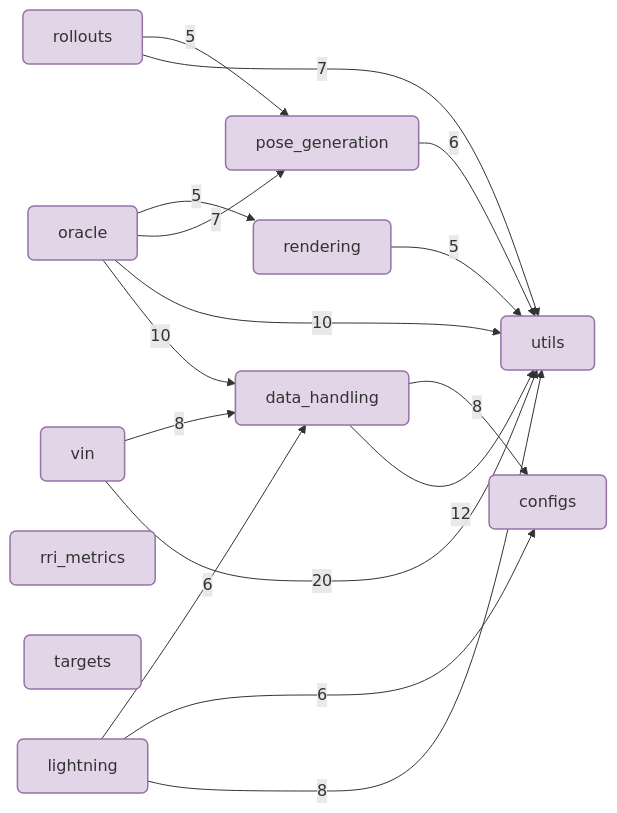
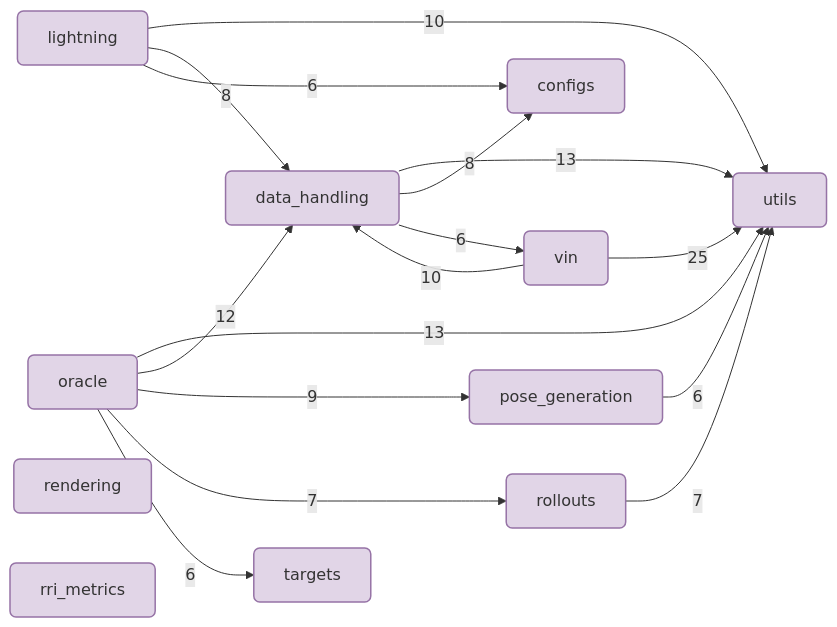
One commit to JanDuchscherer104/NBV changed the diagram in docs/reference/_package_dependencies.mmd. Above: the diagram before and after it, drawn with Mermaid. The commit also changed 29 other files, not shown here.

Commit message:
docs: refresh package guides for merged QH architecture

```diff
--- a/docs/reference/_package_dependencies.mmd
+++ b/docs/reference/_package_dependencies.mmd
@@ -1,35 +1,35 @@
 %% Generated by scripts/quartodoc_generate_dependency_diagram.py; do not edit.
 flowchart LR
   configs["configs"]
   data_handling["data_handling"]
   lightning["lightning"]
   oracle["oracle"]
   pose_generation["pose_generation"]
   rendering["rendering"]
   rollouts["rollouts"]
   rri_metrics["rri_metrics"]
   targets["targets"]
   utils["utils"]
   vin["vin"]
-  vin -->|"20"| utils
-  data_handling -->|"12"| utils
-  oracle -->|"10"| data_handling
-  oracle -->|"10"| utils
+  vin -->|"25"| utils
+  data_handling -->|"13"| utils
+  oracle -->|"13"| utils
+  oracle -->|"12"| data_handling
+  lightning -->|"10"| utils
+  vin -->|"10"| data_handling
+  oracle -->|"9"| pose_generation
   data_handling -->|"8"| configs
-  lightning -->|"8"| utils
-  vin -->|"8"| data_handling
-  oracle -->|"7"| pose_generation
+  lightning -->|"8"| data_handling
+  oracle -->|"7"| rollouts
   rollouts -->|"7"| utils
+  data_handling -->|"6"| vin
   lightning -->|"6"| configs
-  lightning -->|"6"| data_handling
+  oracle -->|"6"| targets
   pose_generation -->|"6"| utils
-  oracle -->|"5"| rendering
-  rendering -->|"5"| utils
-  rollouts -->|"5"| pose_generation
 
   classDef input fill:#D5E8D4,stroke:#82B366,stroke-width:1.5px,rx:0,ry:0;
   classDef output fill:#F8CECC,stroke:#B85450,stroke-width:1.5px,rx:0,ry:0;
   classDef compute fill:#E1D5E7,stroke:#9673A6,stroke-width:1.5px,rx:8,ry:8;
   classDef data fill:#F5F5F5,stroke:#9E9E9E,stroke-width:1.2px,rx:0,ry:0;
   classDef package fill:#E1D5E7,stroke:#9673A6,stroke-width:1.5px,rx:6,ry:6;
   class configs,data_handling,lightning,oracle,pose_generation,rendering,rollouts,rri_metrics,targets,utils,vin package;
```
